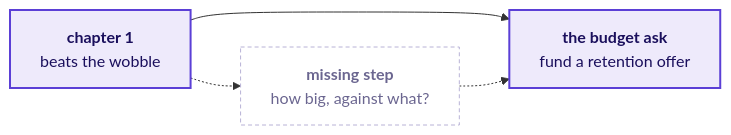
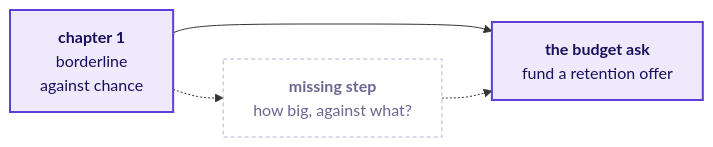
Before and after one commit to fde-academy-lab/c2-content-factory: diagram 11 of 32 in content/W01/D4/slides/C2_W01_D04_half1_STUDENT.md, drawn with Mermaid. The commit also changed other lines of this file and 4 other files, not shown here.

````diff
--- a/content/W01/D4/slides/C2_W01_D04_half1_STUDENT.md
+++ b/content/W01/D4/slides/C2_W01_D04_half1_STUDENT.md
@@ -478,10 +495,10 @@
 ```mermaid
 flowchart LR
-    S["<b>chapter 1</b><br/>beats the wobble"] --> B["<b>the budget ask</b><br/>fund a retention offer"]
+    S["<b>chapter 1</b><br/>borderline<br/>against chance"] --> B["<b>the budget ask</b><br/>fund a retention offer"]
     S -.-> Q["<b>missing step</b><br/>how big, against what?"]
     Q -.-> B
     classDef known fill:#EEEAFB,stroke:#5B3FD6,color:#1A0F5C,stroke-width:2px
     classDef unknown fill:#FFFFFF,stroke:#B8B2D6,color:#6B6690,stroke-dasharray:4 3
     class S,B known
     class Q unknown
 ```
````
